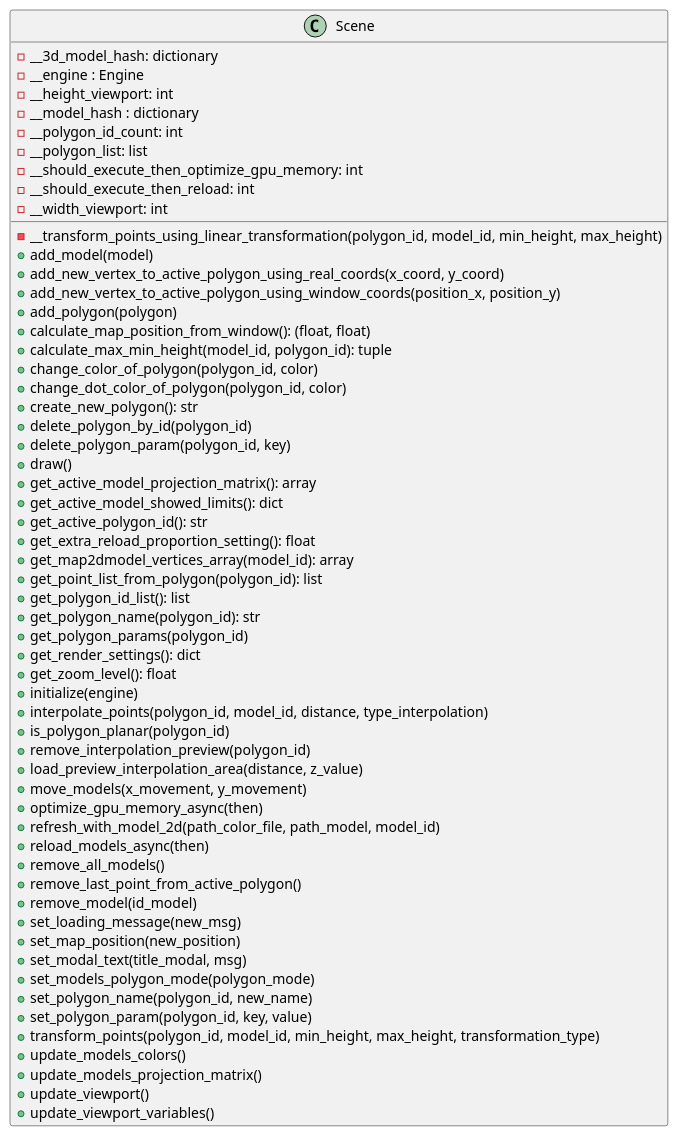
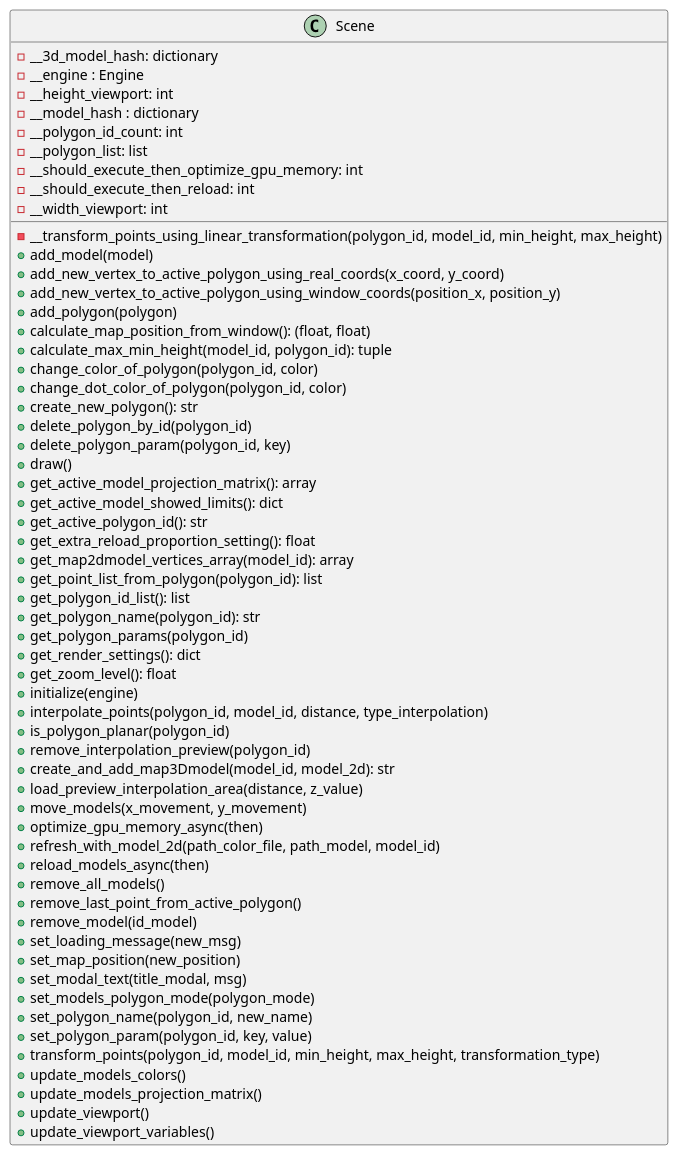
One commit to ferpoble2/Relief_Creator changed the diagram in docs/classes/Scene.puml. Above: the diagram before and after it, drawn with PlantUML. The commit also changed 4 other files, not shown here.

Commit message:
Implemented map3Dmodel class (not completed yet)

```diff
--- a/docs/classes/Scene.puml
+++ b/docs/classes/Scene.puml
@@ -1,62 +1,63 @@
 @startuml
             class Scene{
                 - __transform_points_using_linear_transformation(polygon_id, model_id, min_height, max_height)
                 + add_model(model)
                 + add_new_vertex_to_active_polygon_using_real_coords(x_coord, y_coord)
                 + add_new_vertex_to_active_polygon_using_window_coords(position_x, position_y)
                 + add_polygon(polygon)
                 + calculate_map_position_from_window(): (float, float)
                 + calculate_max_min_height(model_id, polygon_id): tuple
                 + change_color_of_polygon(polygon_id, color)
                 + change_dot_color_of_polygon(polygon_id, color)
                 + create_new_polygon(): str
                 + delete_polygon_by_id(polygon_id)
                 + delete_polygon_param(polygon_id, key)
                 + draw()
                 + get_active_model_projection_matrix(): array
                 + get_active_model_showed_limits(): dict
                 + get_active_polygon_id(): str
                 + get_extra_reload_proportion_setting(): float
                 + get_map2dmodel_vertices_array(model_id): array
                 + get_point_list_from_polygon(polygon_id): list
                 + get_polygon_id_list(): list
                 + get_polygon_name(polygon_id): str
                 + get_polygon_params(polygon_id)
                 + get_render_settings(): dict
                 + get_zoom_level(): float
                 + initialize(engine)
                 + interpolate_points(polygon_id, model_id, distance, type_interpolation)
                 + is_polygon_planar(polygon_id)
                 + remove_interpolation_preview(polygon_id)
+                + create_and_add_map3Dmodel(model_id, model_2d): str
                 + load_preview_interpolation_area(distance, z_value)
                 + move_models(x_movement, y_movement)
                 + optimize_gpu_memory_async(then)
                 + refresh_with_model_2d(path_color_file, path_model, model_id)
                 + reload_models_async(then)
                 + remove_all_models()
                 + remove_last_point_from_active_polygon()
                 + remove_model(id_model)
                 + set_loading_message(new_msg)
                 + set_map_position(new_position)
                 + set_modal_text(title_modal, msg)
                 + set_models_polygon_mode(polygon_mode)
                 + set_polygon_name(polygon_id, new_name)
                 + set_polygon_param(polygon_id, key, value)
                 + transform_points(polygon_id, model_id, min_height, max_height, transformation_type)
                 + update_models_colors()
                 + update_models_projection_matrix()
                 + update_viewport()
                 + update_viewport_variables()
 
                 - __3d_model_hash: dictionary
                 - __engine : Engine
                 - __height_viewport: int
                 - __model_hash : dictionary
                 - __polygon_id_count: int
                 - __polygon_list: list
                 - __should_execute_then_optimize_gpu_memory: int
                 - __should_execute_then_reload: int
                 - __width_viewport: int
             }
 
 @enduml
```
